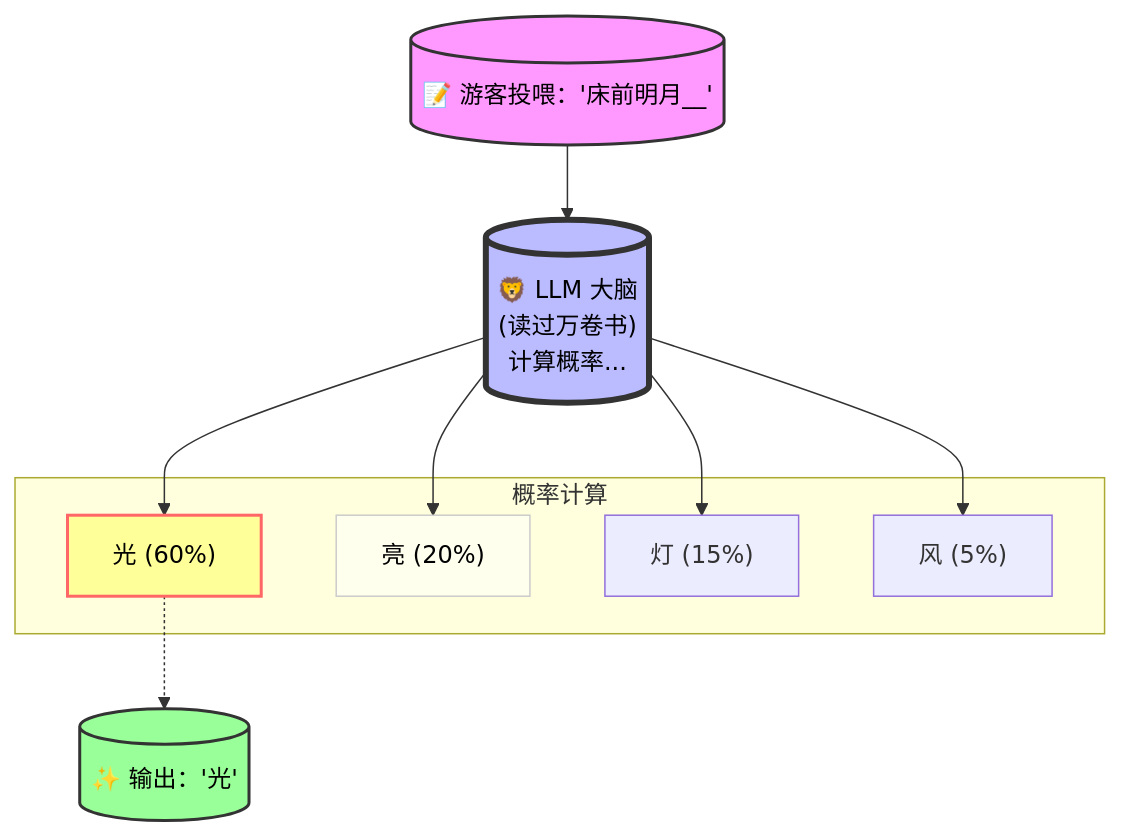
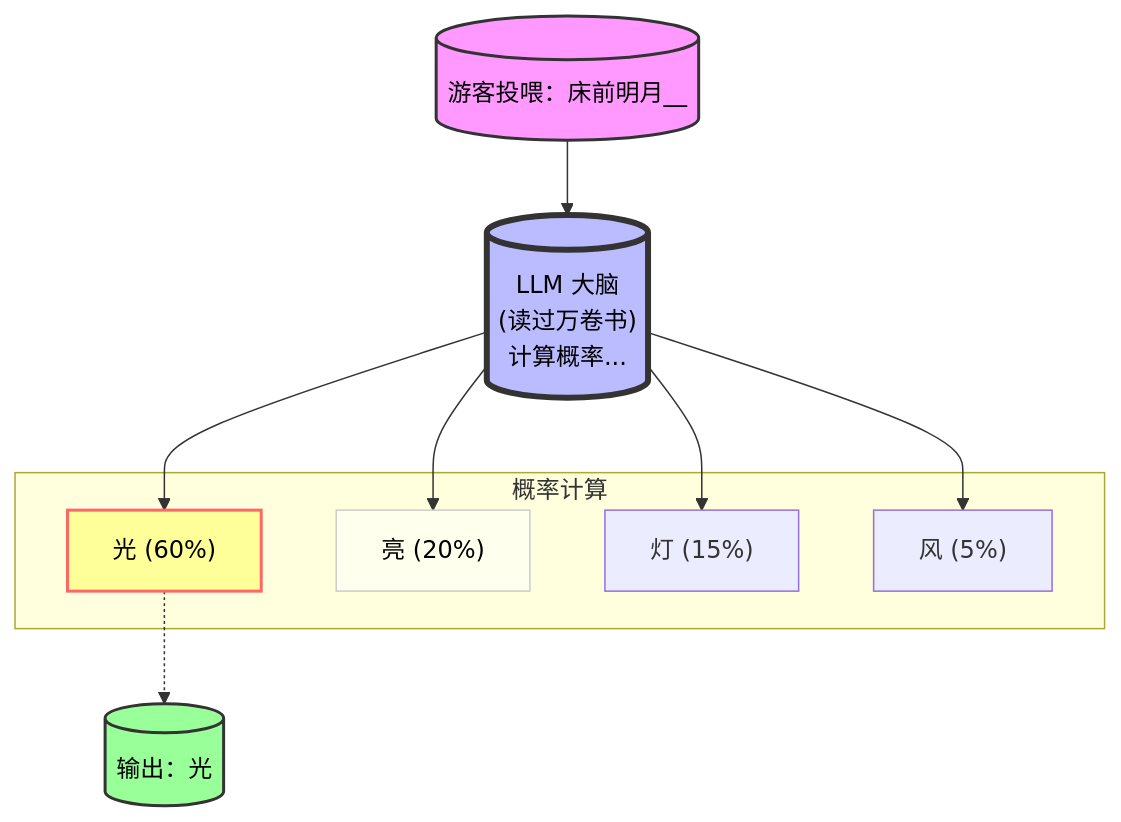
Before and after one commit to QuenLee/ai-zoo: the diagram in src/content/docs/01-llm.mdx, drawn with Mermaid. The commit also changed other lines of this file and 4 other files, not shown here.

````diff
--- a/src/content/docs/01-llm.mdx
+++ b/src/content/docs/01-llm.mdx
@@ -38,27 +38,27 @@
 ```mermaid
 flowchart TD
-    Input[("📝 游客投喂：'床前明月__'")]
-    Parrot[("🦁 LLM 大脑\n(读过万卷书)\n计算概率...")]
+    Input[("游客投喂：床前明月__")]
+    Parrot[("LLM 大脑\n(读过万卷书)\n计算概率...")]
     
     subgraph Probabilities [概率计算]
         P1["光 (60%)"]
         P2["亮 (20%)"]
         P3["灯 (15%)"]
         P4["风 (5%)"]
     end
     
-    Output[("✨ 输出：'光'")]
+    Output[("输出：光")]
 
     Input --> Parrot
     Parrot --> P1
     Parrot --> P2
     Parrot --> P3
     Parrot --> P4
     P1 -.-> Output
 
     style Input fill:#f9f,stroke:#333,stroke-width:2px,color:#000
     style Parrot fill:#bbf,stroke:#333,stroke-width:4px,color:#000
     style Output fill:#9f9,stroke:#333,stroke-width:2px,color:#000
     style P1 fill:#ff9,stroke:#f66,stroke-width:2px,color:#000
     style P2 fill:#ffe,stroke:#ccc,stroke-width:1px,color:#000
 ```
````
